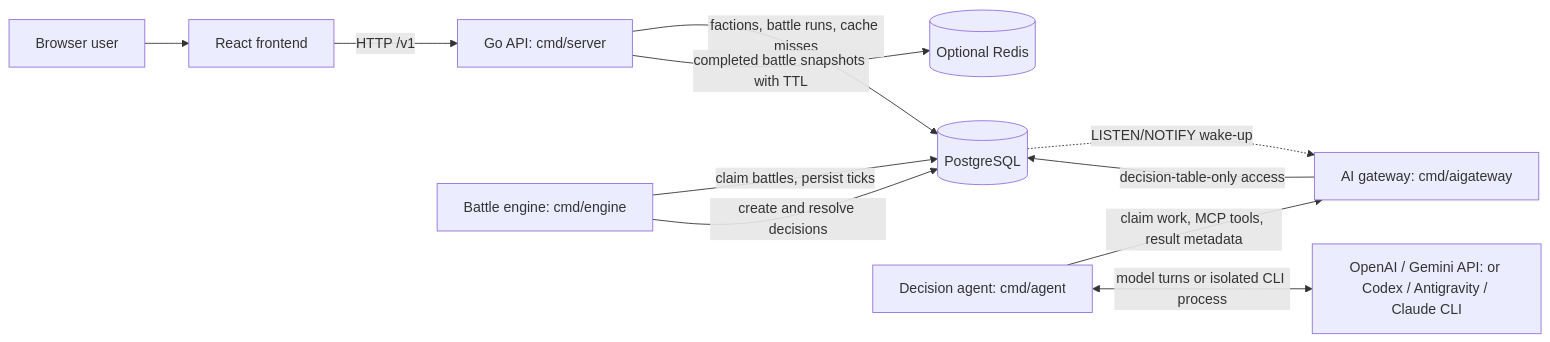
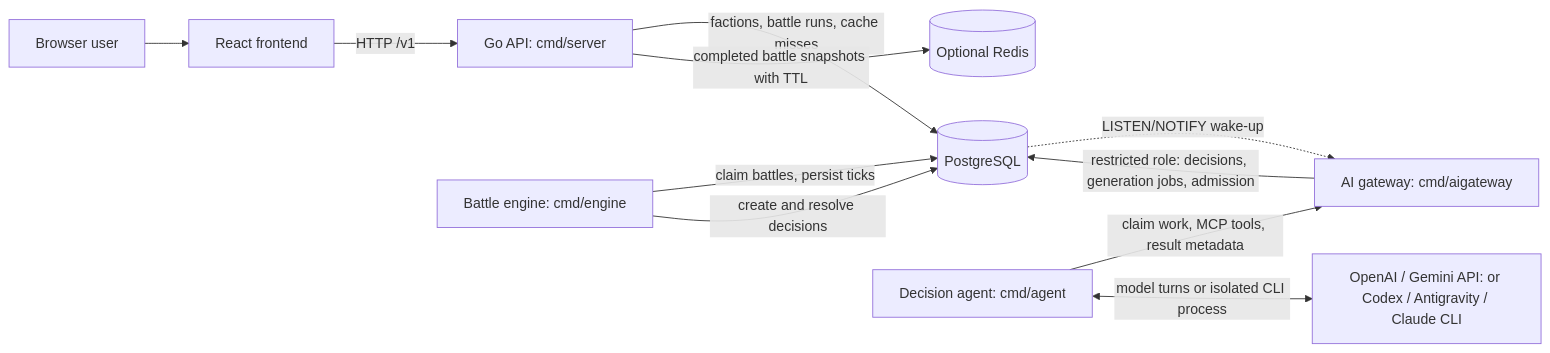
The first of 4 diagrams in docs/architecture/system-architecture.md (twhAuto/autonomous_battlefield), drawn with Mermaid before and after one commit. The commit also changed other lines of this file and 16 other files, not shown here.

````diff
--- a/docs/architecture/system-architecture.md
+++ b/docs/architecture/system-architecture.md
@@ -36,23 +36,23 @@
 ```mermaid
 flowchart LR
     User[Browser user]
     UI[React frontend]
     API["Go API: cmd/server"]
     Engine["Battle engine: cmd/engine"]
     DB[(PostgreSQL)]
     Cache[(Optional Redis)]
     Gateway["AI gateway: cmd/aigateway"]
     Agent["Decision agent: cmd/agent"]
     Provider["OpenAI / Gemini API: or Codex / Antigravity / Claude CLI"]
 
     User --> UI
     UI -->|HTTP /v1| API
     API -->|factions, battle runs, cache misses| DB
     API -->|completed battle snapshots with TTL| Cache
     Engine -->|claim battles, persist ticks| DB
     Engine -->|create and resolve decisions| DB
     DB -.->|LISTEN/NOTIFY wake-up| Gateway
     Agent -->|claim work, MCP tools, result metadata| Gateway
     Agent <-->|model turns or isolated CLI process| Provider
-    Gateway -->|decision-table-only access| DB
+    Gateway -->|restricted role: decisions, generation jobs, admission| DB
 ```
````
